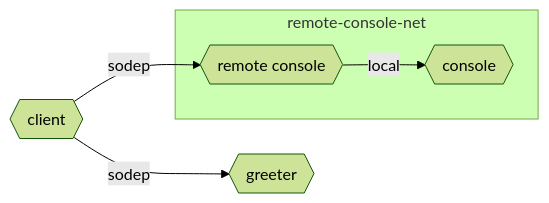
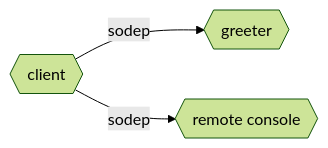
The diagram in greeter/remote-console/README.md (fmontesi/intro-smp-jolie), drawn with Mermaid (forest theme) before and after one commit. The commit also changed 1 other file, not shown here.

Commit message:
simplified readme for remote-console

````diff
--- a/greeter/remote-console/README.md
+++ b/greeter/remote-console/README.md
@@ -1,14 +1,10 @@
 ```mermaid
 graph LR
 	client{{client}}
-	subgraph remote-console-net
-		remote-console{{remote console}}
-		console{{console}}
-		remote-console--local-->console
-	end
+	remote-console{{remote console}}
 	
 	greeter{{greeter}}
 
 	client--sodep-->greeter
 	client--sodep-->remote-console
 ```
````
